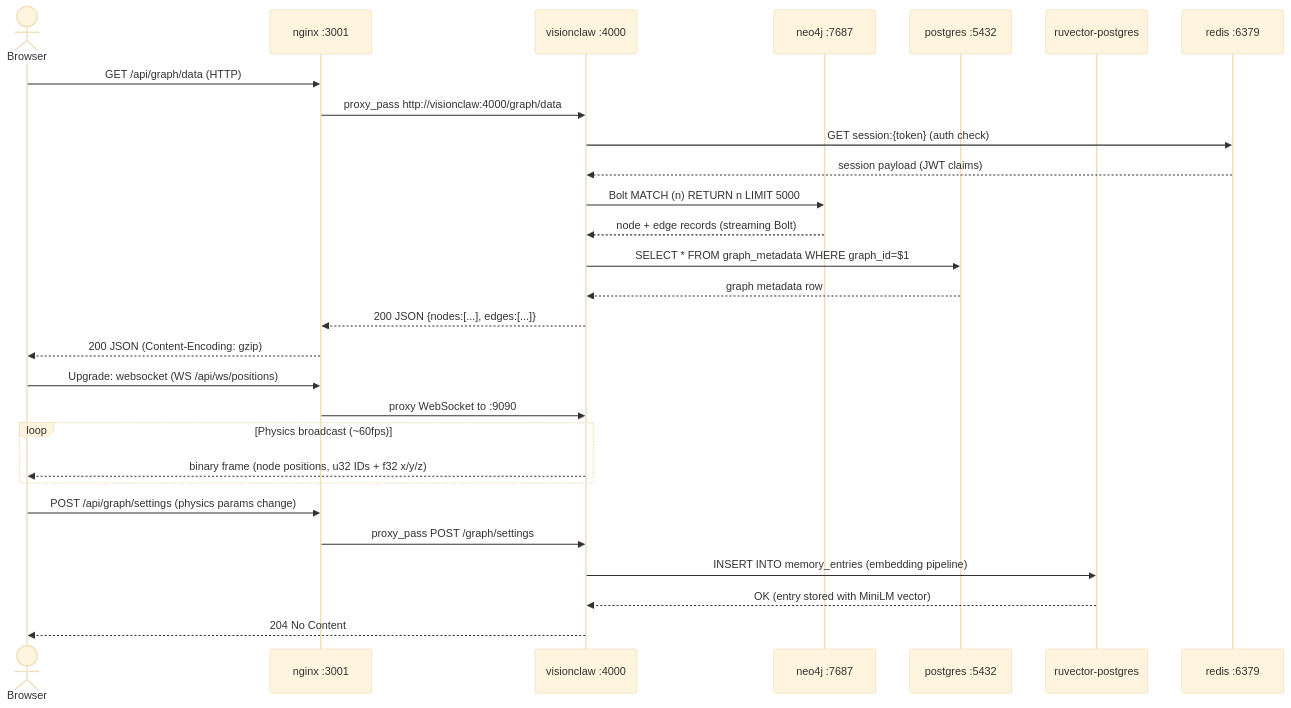
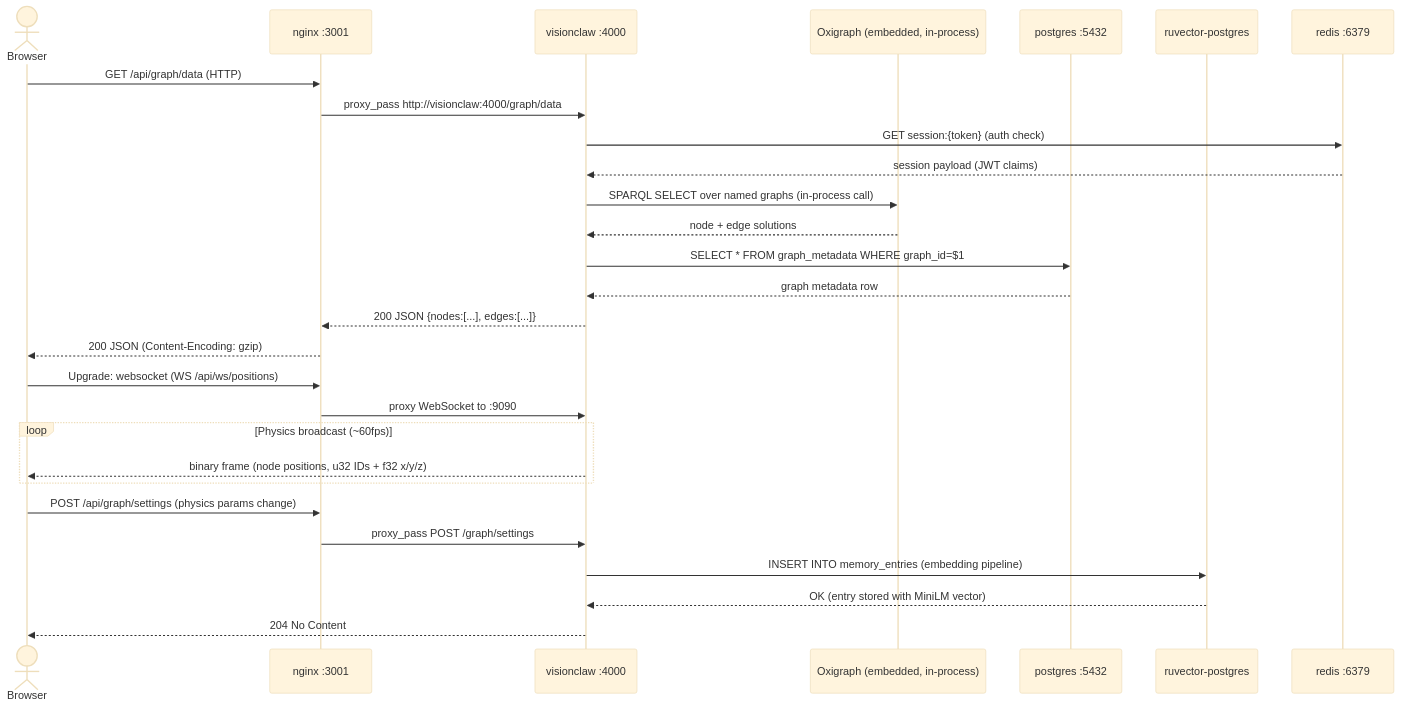
The third of 3 diagrams in docs/explanation/deployment-topology.md (shaneholloman/logseq-spring-thing), drawn with Mermaid (base theme) before and after one commit. The commit also changed other lines of this file and 58 other files, not shown here.

First line of the commit message:
docs: Neo4j→Oxigraph + webxr→visionclaw alignment, physics controls, health probes

````diff
--- a/docs/explanation/deployment-topology.md
+++ b/docs/explanation/deployment-topology.md
@@ -175,38 +170,38 @@
 ```mermaid
 sequenceDiagram
     actor Browser
     participant Nginx as nginx :3001
     participant VC as visionclaw :4000
-    participant Neo4j as neo4j :7687
+    participant OXI as Oxigraph (embedded, in-process)
     participant PG as postgres :5432
     participant RUV as ruvector-postgres
     participant Redis as redis :6379
 
     Browser->>Nginx: GET /api/graph/data (HTTP)
     Nginx->>VC: proxy_pass http://visionclaw:4000/graph/data
 
     VC->>Redis: GET session:{token} (auth check)
     Redis-->>VC: session payload (JWT claims)
 
-    VC->>Neo4j: Bolt MATCH (n) RETURN n LIMIT 5000
-    Neo4j-->>VC: node + edge records (streaming Bolt)
+    VC->>OXI: SPARQL SELECT over named graphs (in-process call)
+    OXI-->>VC: node + edge solutions
 
     VC->>PG: SELECT * FROM graph_metadata WHERE graph_id=$1
     PG-->>VC: graph metadata row
 
     VC-->>Nginx: 200 JSON {nodes:[...], edges:[...]}
     Nginx-->>Browser: 200 JSON (Content-Encoding: gzip)
 
     Browser->>Nginx: Upgrade: websocket (WS /api/ws/positions)
     Nginx->>VC: proxy WebSocket to :9090
 
     loop Physics broadcast (~60fps)
         VC-->>Browser: binary frame (node positions, u32 IDs + f32 x/y/z)
     end
 
     Browser->>Nginx: POST /api/graph/settings (physics params change)
     Nginx->>VC: proxy_pass POST /graph/settings
     VC->>RUV: INSERT INTO memory_entries (embedding pipeline)
     RUV-->>VC: OK (entry stored with MiniLM vector)
     VC-->>Browser: 204 No Content
 ```
````
